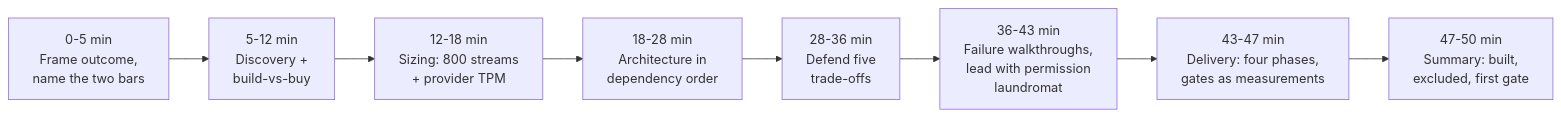
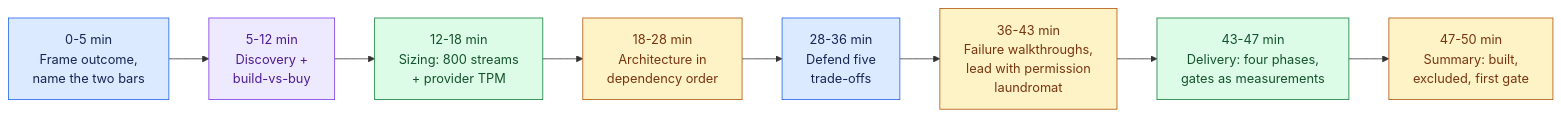
One commit to Sourav692/Forward-Deployed-Engineer-Interview-Prep changed the third of 3 diagrams in 02_System_Design_Case_Studies/Standalone_Designs/26_Enterprise_Chatbot_Platform/3_Tutorial/26_Tutorial_Part_4.md. Above: the diagram before and after it, drawn with Mermaid. The commit also changed other lines of this file and 1268 other files, not shown here.

First line of the commit message:
content: polish Casebook writing and Mermaid diagrams (#251)

````diff
--- a/02_System_Design_Case_Studies/Standalone_Designs/26_Enterprise_Chatbot_Platform/3_Tutorial/26_Tutorial_Part_4.md
+++ b/02_System_Design_Case_Studies/Standalone_Designs/26_Enterprise_Chatbot_Platform/3_Tutorial/26_Tutorial_Part_4.md
@@ -119,10 +138,20 @@
 ```mermaid
 flowchart LR
     A["0-5 min\nFrame outcome,\nname the two bars"] --> B["5-12 min\nDiscovery +\nbuild-vs-buy"]
     B --> C["12-18 min\nSizing: 800 streams\n+ provider TPM"]
     C --> D["18-28 min\nArchitecture in\ndependency order"]
     D --> E["28-36 min\nDefend five\ntrade-offs"]
     E --> F["36-43 min\nFailure walkthroughs,\nlead with permission\nlaundromat"]
     F --> G["43-47 min\nDelivery: four phases,\ngates as measurements"]
     G --> H["47-50 min\nSummary: built,\nexcluded, first gate"]
+
+    %% Casebook colours: entry, reasoning, results, controls, and stopped paths.
+    classDef cbInput fill:#dbeafe,stroke:#2563eb,color:#172554
+    class A,E cbInput
+    classDef cbReason fill:#ede9fe,stroke:#7c3aed,color:#4c1d95
+    class B cbReason
+    classDef cbAction fill:#dcfce7,stroke:#15803d,color:#14532d
+    class C,G cbAction
+    classDef cbPolicy fill:#fef3c7,stroke:#b45309,color:#78350f
+    class D,F,H cbPolicy
 ```
````
